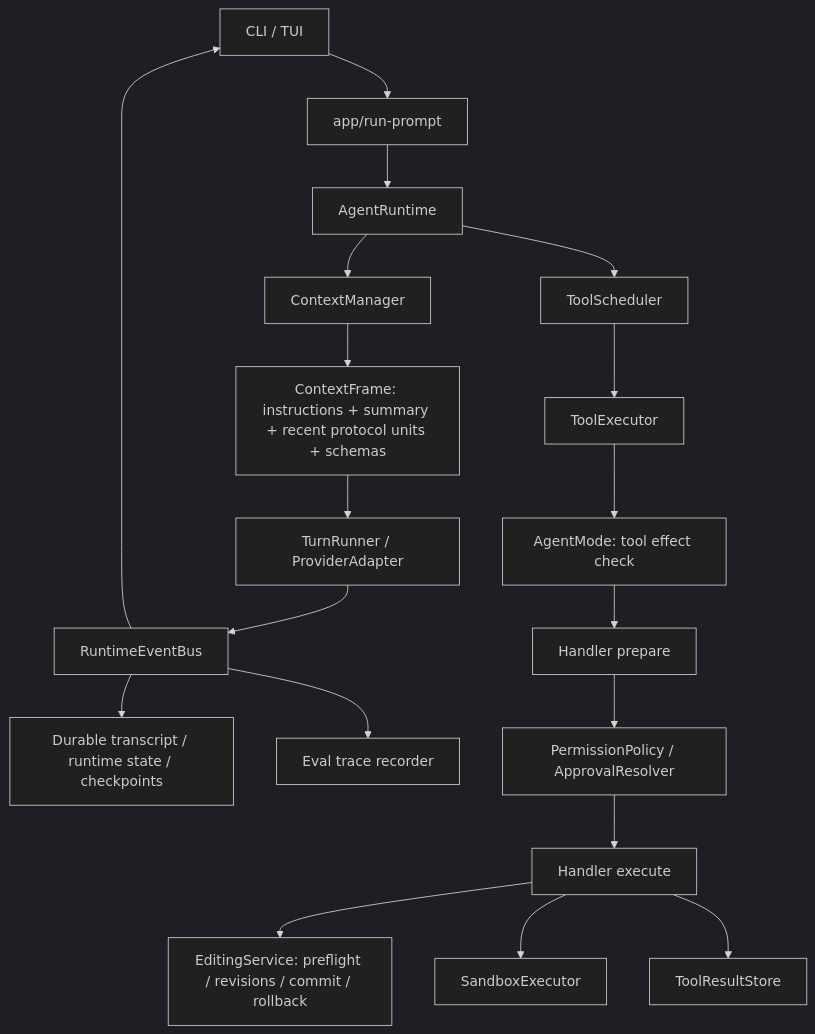
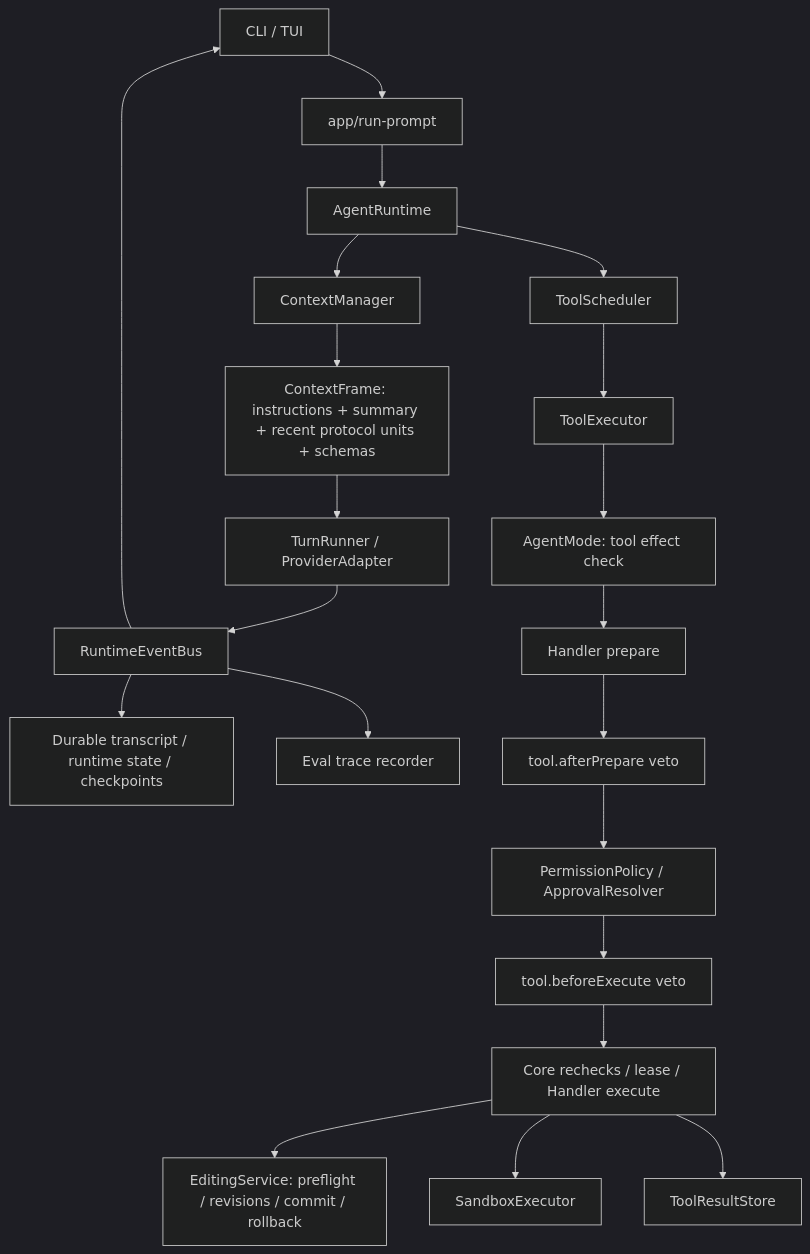
The first of 4 diagrams in docs/architecture.md (TheAsrada/ChiselCode), drawn with Mermaid (dark theme) before and after one commit. The commit also changed other lines of this file and 22 other files, not shown here.

````diff
--- a/docs/architecture.md
+++ b/docs/architecture.md
@@ -7,21 +7,23 @@
 ```mermaid
 flowchart TD
   UI[CLI / TUI] --> Run[app/run-prompt]
   Run --> Runtime[AgentRuntime]
   Runtime --> Context[ContextManager]
   Context --> Frame[ContextFrame: instructions + summary + recent protocol units + schemas]
   Frame --> Turn[TurnRunner / ProviderAdapter]
   Turn --> Events[RuntimeEventBus]
   Events --> Session[Durable transcript / runtime state / checkpoints]
   Events --> UI
   Events --> Eval[Eval trace recorder]
   Runtime --> Scheduler[ToolScheduler]
   Scheduler --> Executor[ToolExecutor]
   Executor --> Mode[AgentMode: tool effect check]
   Mode --> Prepare[Handler prepare]
-  Prepare --> Permission[PermissionPolicy / ApprovalResolver]
-  Permission --> Execute[Handler execute]
+  Prepare --> AfterPrepare[tool.afterPrepare veto]
+  AfterPrepare --> Permission[PermissionPolicy / ApprovalResolver]
+  Permission --> BeforeExecute[tool.beforeExecute veto]
+  BeforeExecute --> Execute[Core rechecks / lease / Handler execute]
   Execute --> Editing[EditingService: preflight / revisions / commit / rollback]
   Execute --> Sandbox[SandboxExecutor]
   Execute --> Artifact[ToolResultStore]
 ```
````
